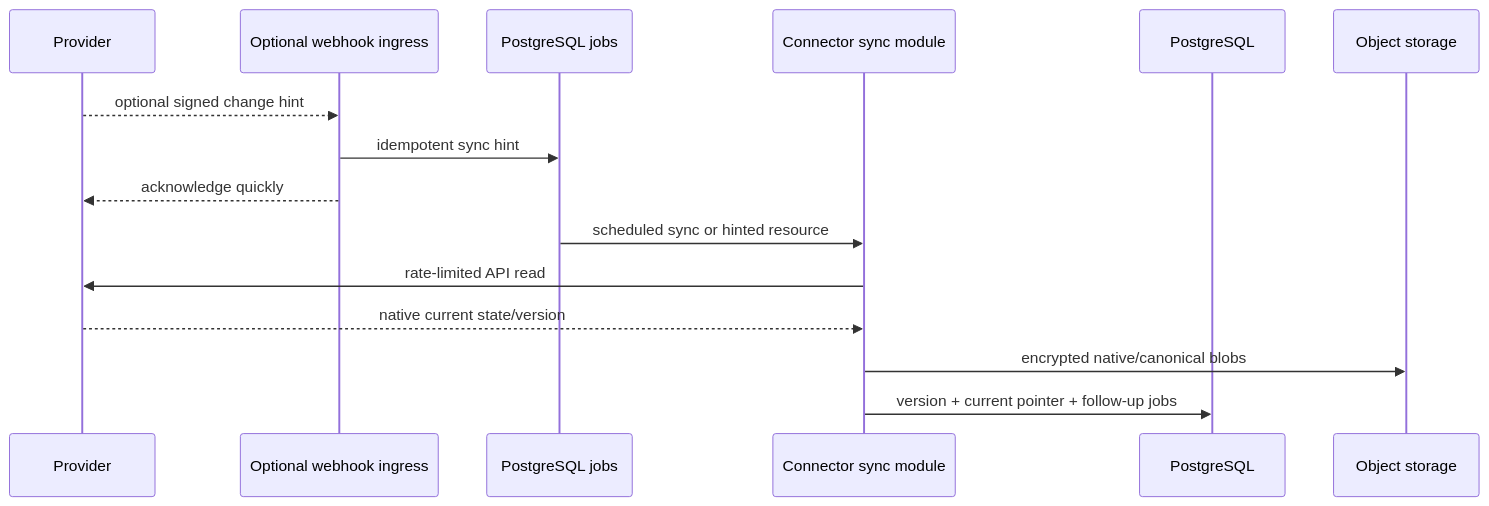
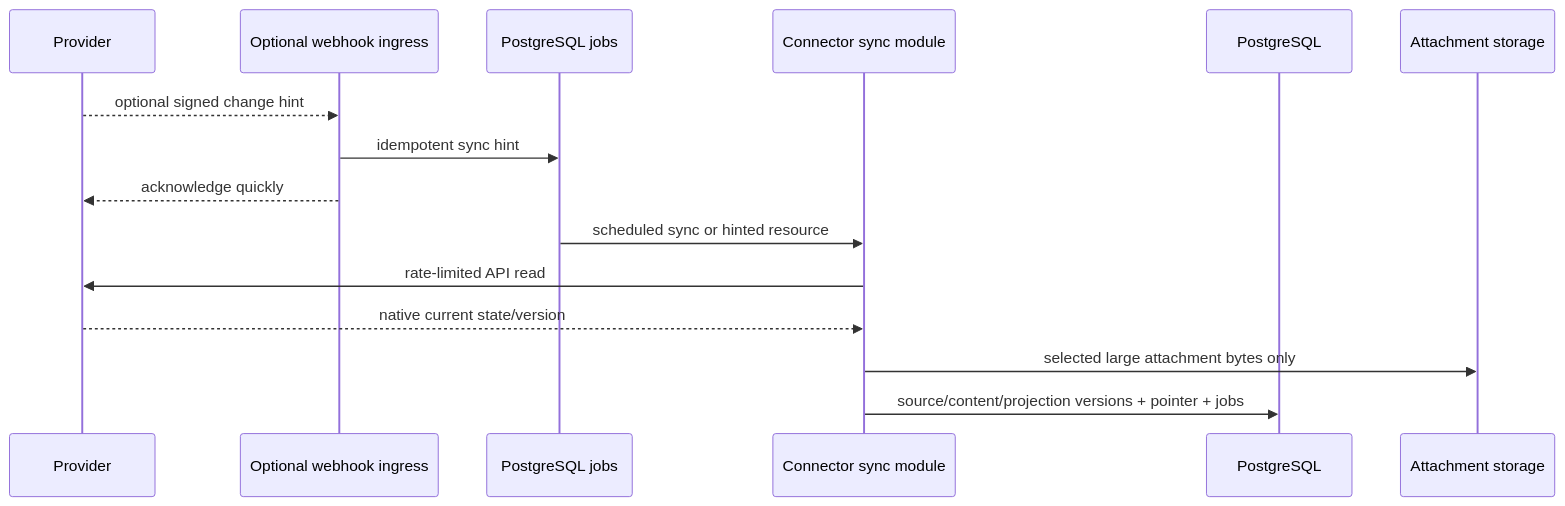
Before and after one commit to codeflash-ai/locality: the second of 4 diagrams in docs/cloud-sandbox-data-plane.md, drawn with Mermaid. The commit also changed other lines of this file and 1 other file, not shown here.

````diff
--- a/docs/cloud-sandbox-data-plane.md
+++ b/docs/cloud-sandbox-data-plane.md
@@ -877,18 +825,18 @@
 ```mermaid
 sequenceDiagram
   participant P as Provider
   participant H as Optional webhook ingress
   participant J as PostgreSQL jobs
   participant C as Connector sync module
   participant DB as PostgreSQL
-  participant B as Object storage
+  participant B as Attachment storage
 
   P-->>H: optional signed change hint
   H->>J: idempotent sync hint
   H-->>P: acknowledge quickly
   J->>C: scheduled sync or hinted resource
   C->>P: rate-limited API read
   P-->>C: native current state/version
-  C->>B: encrypted native/canonical blobs
-  C->>DB: version + current pointer + follow-up jobs
+  C->>B: selected large attachment bytes only
+  C->>DB: source/content/projection versions + pointer + jobs
 ```
````
